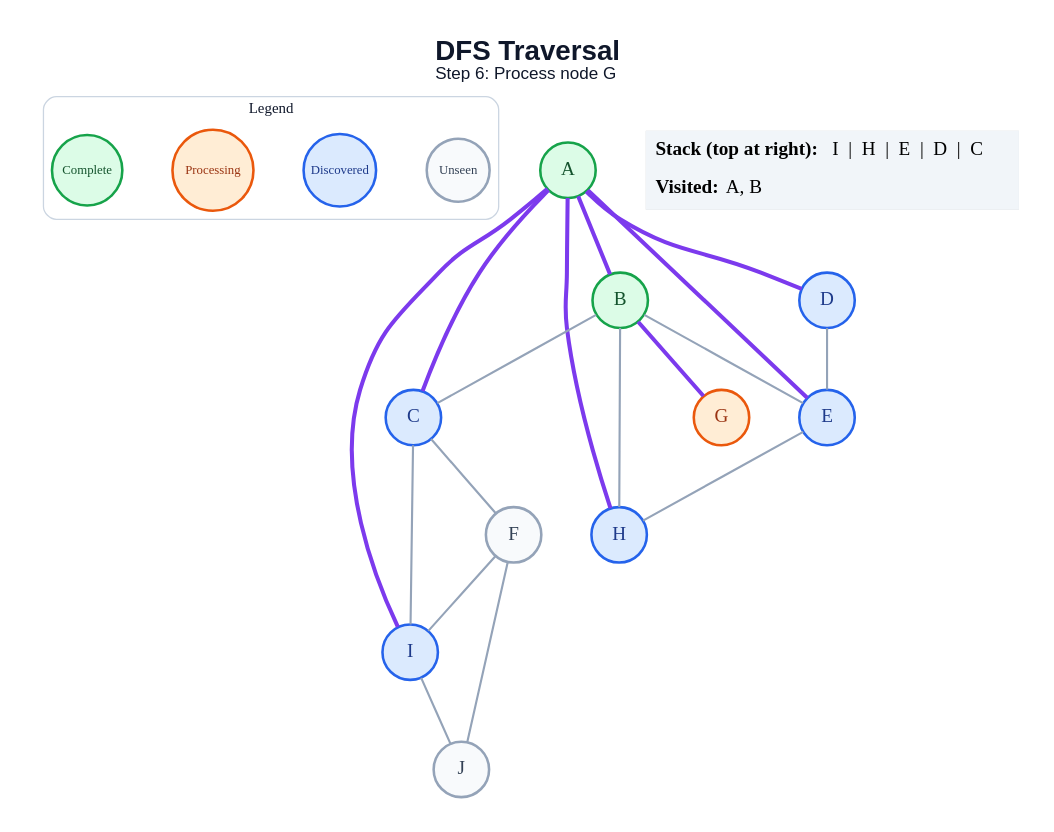
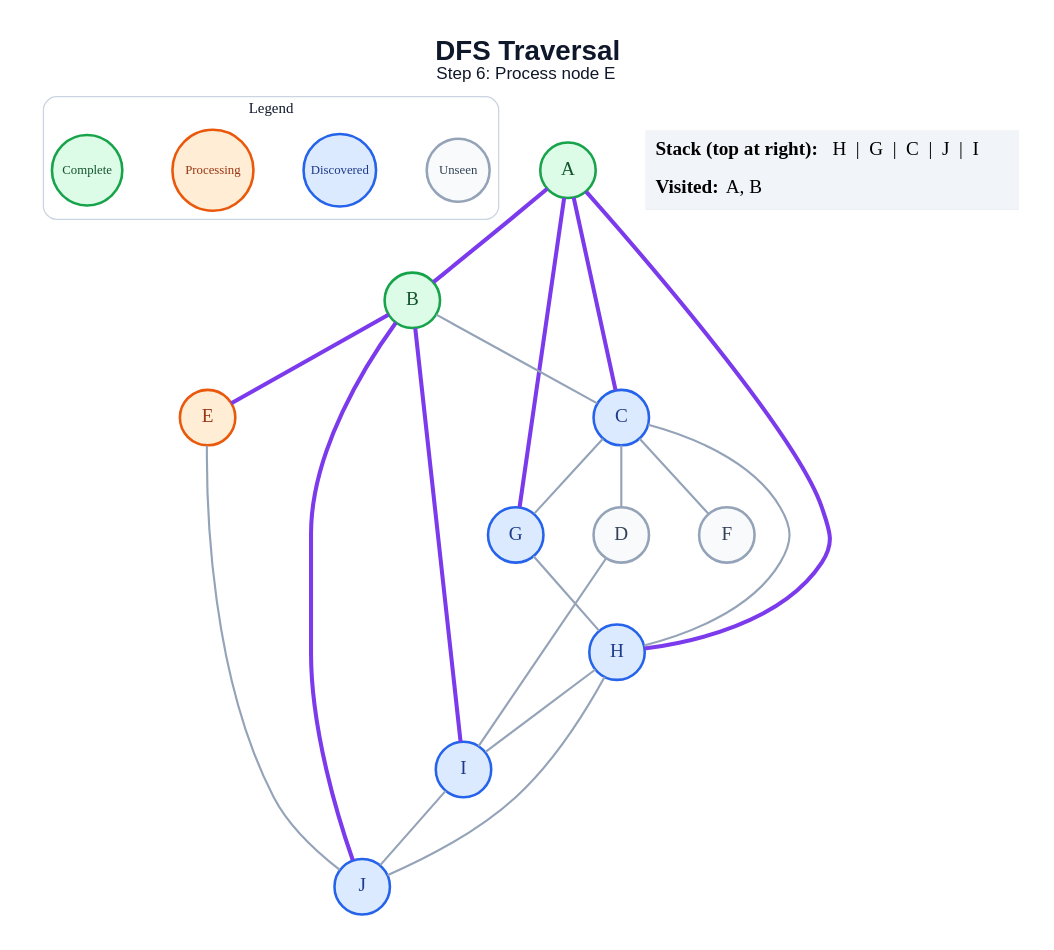
The diagram in generated/dfs/step_06.dot (amanghodawala9/ai-slop), drawn with Graphviz before and after one commit. The commit also changed 178 other files, not shown here.

```diff
--- a/generated/dfs/step_06.dot
+++ b/generated/dfs/step_06.dot
@@ -1,46 +1,47 @@
 graph traversal {
   graph [layout=dot, rankdir=TB, bgcolor="#FFFFFF", pad="0.35", nodesep="0.65", ranksep="0.8", fontname="Arial"];
   node [shape=circle, style="filled", fontname="Arial Bold", fontsize=18, width=0.72, fixedsize=true, penwidth=2.4];
   edge [color="#94A3B8", penwidth=2.0];
-  label=<<B>DFS Traversal</B><BR/><FONT POINT-SIZE="16">Step 6: Process node G</FONT>>; labelloc="t"; fontsize=26; fontname="Arial"; fontcolor="#0F172A";
+  label=<<B>DFS Traversal</B><BR/><FONT POINT-SIZE="16">Step 6: Process node E</FONT>>; labelloc="t"; fontsize=26; fontname="Arial"; fontcolor="#0F172A";
   subgraph cluster_legend { label="Legend"; color="#CBD5E1"; penwidth=1.2; style="rounded"; fontsize=14; fontname="Arial Bold";
     key_unseen [label="Unseen", fillcolor="#F8FAFC", color="#94A3B8", fontcolor="#334155", fontsize=12, width=0.82];
     key_frontier [label="Discovered", fillcolor="#DBEAFE", color="#2563EB", fontcolor="#1E3A8A", fontsize=12, width=0.95];
     key_current [label="Processing", fillcolor="#FFEDD5", color="#EA580C", fontcolor="#9A3412", fontsize=12, width=1.05];
     key_done [label="Complete", fillcolor="#DCFCE7", color="#16A34A", fontcolor="#14532D", fontsize=12, width=0.92];
     { rank=same; key_unseen; key_frontier; key_current; key_done; }
   }
   A [fillcolor="#DCFCE7", color="#16A34A", fontcolor="#14532D"];
   B [fillcolor="#DCFCE7", color="#16A34A", fontcolor="#14532D"];
   C [fillcolor="#DBEAFE", color="#2563EB", fontcolor="#1E3A8A"];
-  D [fillcolor="#DBEAFE", color="#2563EB", fontcolor="#1E3A8A"];
-  E [fillcolor="#DBEAFE", color="#2563EB", fontcolor="#1E3A8A"];
+  D [fillcolor="#F8FAFC", color="#94A3B8", fontcolor="#334155"];
+  E [fillcolor="#FFEDD5", color="#EA580C", fontcolor="#9A3412"];
   F [fillcolor="#F8FAFC", color="#94A3B8", fontcolor="#334155"];
-  G [fillcolor="#FFEDD5", color="#EA580C", fontcolor="#9A3412"];
+  G [fillcolor="#DBEAFE", color="#2563EB", fontcolor="#1E3A8A"];
   H [fillcolor="#DBEAFE", color="#2563EB", fontcolor="#1E3A8A"];
   I [fillcolor="#DBEAFE", color="#2563EB", fontcolor="#1E3A8A"];
-  J [fillcolor="#F8FAFC", color="#94A3B8", fontcolor="#334155"];
+  J [fillcolor="#DBEAFE", color="#2563EB", fontcolor="#1E3A8A"];
   A -- B [color="#7C3AED", penwidth=3.8];
   A -- C [color="#7C3AED", penwidth=3.8];
-  A -- D [color="#7C3AED", penwidth=3.8];
-  A -- E [color="#7C3AED", penwidth=3.8];
+  A -- G [color="#7C3AED", penwidth=3.8];
   A -- H [color="#7C3AED", penwidth=3.8];
-  A -- I [color="#7C3AED", penwidth=3.8];
   B -- C;
-  B -- E;
-  B -- G [color="#7C3AED", penwidth=3.8];
-  B -- H;
+  B -- E [color="#7C3AED", penwidth=3.8];
+  B -- I [color="#7C3AED", penwidth=3.8];
+  B -- J [color="#7C3AED", penwidth=3.8];
+  C -- D;
   C -- F;
-  C -- I;
-  D -- E;
-  E -- H;
-  F -- I;
-  F -- J;
+  C -- G;
+  C -- H;
+  D -- I;
+  E -- J;
+  G -- H;
+  H -- I;
+  H -- J;
   I -- J;
   status [shape=plain, fixedsize=false, width=0, height=0, margin=0, label=<
     <TABLE BORDER="0" CELLBORDER="0" CELLPADDING="7" BGCOLOR="#F1F5F9">
-      <TR><TD ALIGN="LEFT"><B>Stack (top at right):</B> I  |  H  |  E  |  D  |  C</TD></TR>
+      <TR><TD ALIGN="LEFT"><B>Stack (top at right):</B> H  |  G  |  C  |  J  |  I</TD></TR>
       <TR><TD ALIGN="LEFT"><B>Visited:</B> A, B</TD></TR>
     </TABLE>
   >];
 }
```
